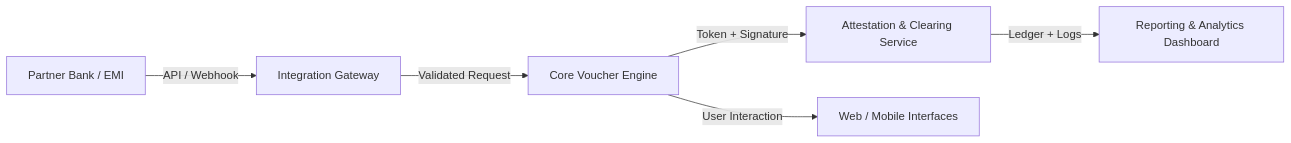
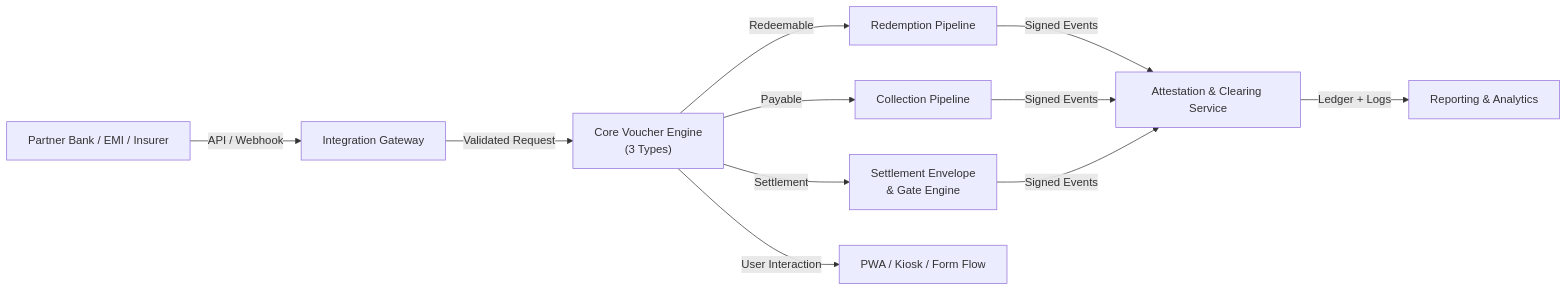
Before and after one commit to 3neti/x-change-docs: the first of 5 diagrams in docs/X-CHANGE_INFO_MEMO_APPENDIX_B_TECHNICAL_ARCHITECTURE.md, drawn with Mermaid. The commit also changed other lines of this file and 12 other files, not shown here.

````diff
--- a/docs/X-CHANGE_INFO_MEMO_APPENDIX_B_TECHNICAL_ARCHITECTURE.md
+++ b/docs/X-CHANGE_INFO_MEMO_APPENDIX_B_TECHNICAL_ARCHITECTURE.md
@@ -12,8 +12,11 @@
 ```mermaid
 flowchart LR
-    A[Partner Bank / EMI] -->|API / Webhook| B["Integration Gateway"]
-    B -->|Validated Request| C["Core Voucher Engine"]
-    C -->|Token + Signature| D["Attestation & Clearing Service"]
-    D -->|Ledger + Logs| E["Reporting & Analytics Dashboard"]
-    C -->|User Interaction| F["Web / Mobile Interfaces"]
+    A[Partner Bank / EMI / Insurer] -->|API / Webhook| B["Integration Gateway"]
+    B -->|Validated Request| C["Core Voucher Engine\n(3 Types)"]
+    C -->|Redeemable| D1["Redemption Pipeline"]
+    C -->|Payable| D2["Collection Pipeline"]
+    C -->|Settlement| D3["Settlement Envelope\n& Gate Engine"]
+    D1 & D2 & D3 -->|Signed Events| E["Attestation & Clearing Service"]
+    E -->|Ledger + Logs| F["Reporting & Analytics"]
+    C -->|User Interaction| G["PWA / Kiosk / Form Flow"]
 ```
````
